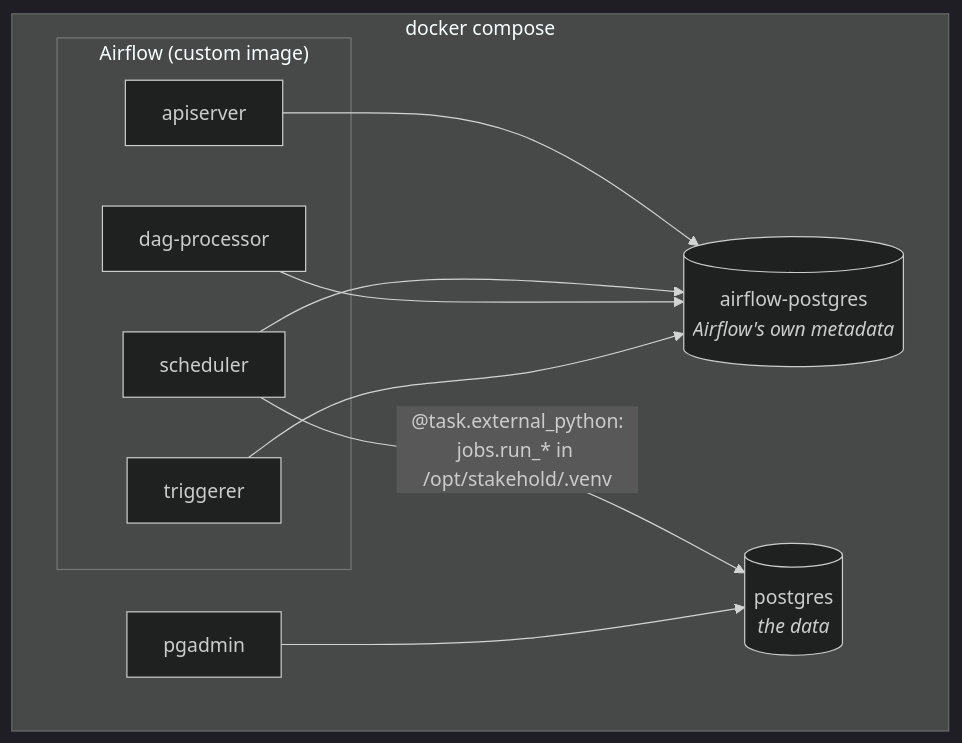
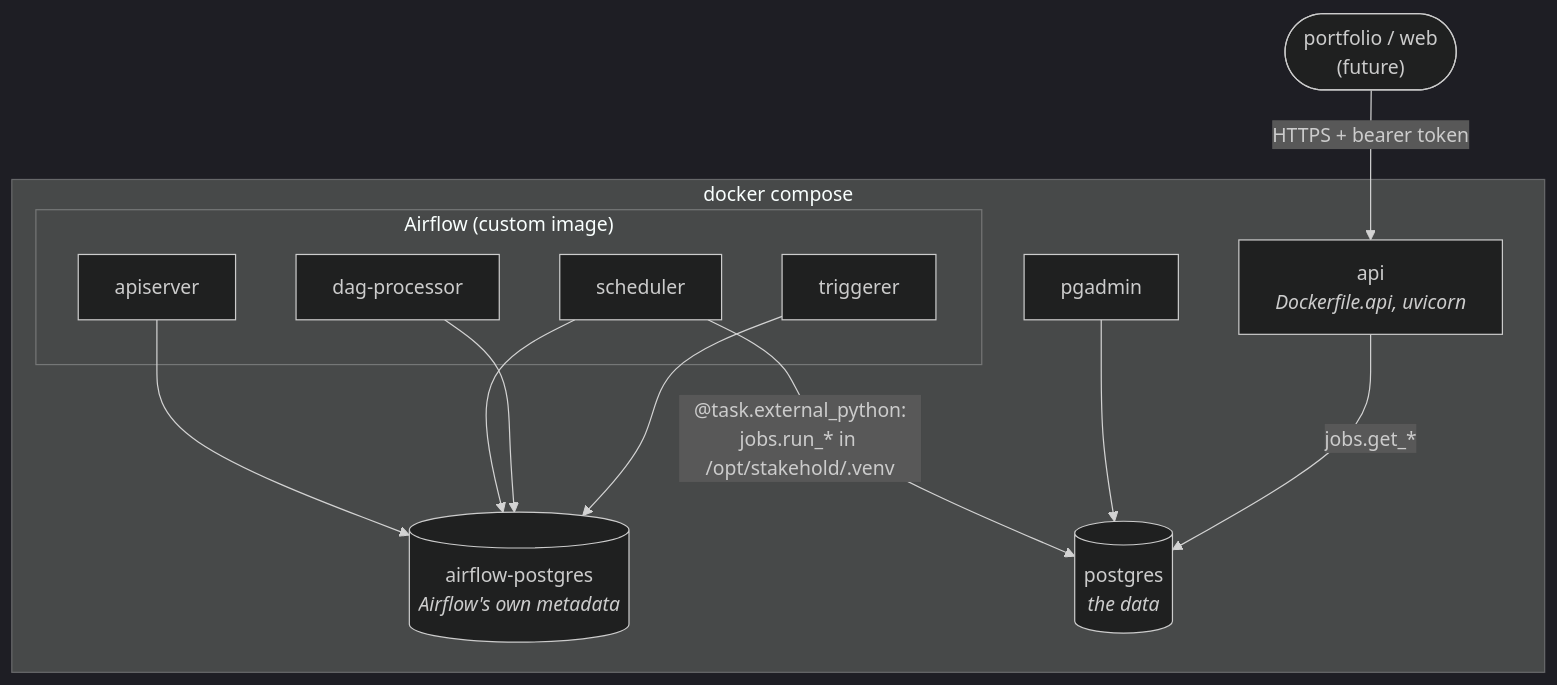
Before and after one commit to jpedropereira/Stakehold: the fourth of 4 diagrams in services/data-store/docs/architecture.md, drawn with Mermaid (dark theme). The commit also changed other lines of this file and 32 other files, not shown here.

````diff
--- a/services/data-store/docs/architecture.md
+++ b/services/data-store/docs/architecture.md
@@ -352,18 +442,22 @@
 ```mermaid
 flowchart TB
     subgraph host["docker compose"]
         subgraph af["Airflow (custom image)"]
-            API["apiserver"]
+            AFAPI["apiserver"]
             SCHED["scheduler"]
             DAGP["dag-processor"]
             TRIG["triggerer"]
         end
+        READAPI["api<br/><i>Dockerfile.api, uvicorn</i>"]
         AFDB[("airflow-postgres<br/><i>Airflow's own metadata</i>")]
         APPDB[("postgres<br/><i>the data</i>")]
         PGA["pgadmin"]
     end
+    CALLER(["portfolio / web<br/>(future)"])
 
-    API & SCHED & DAGP & TRIG --> AFDB
+    AFAPI & SCHED & DAGP & TRIG --> AFDB
     SCHED -->|"@task.external_python:<br/>jobs.run_* in /opt/stakehold/.venv"| APPDB
     PGA --> APPDB
+    READAPI -->|"jobs.get_*"| APPDB
+    CALLER -->|"HTTPS + bearer token"| READAPI
 ```
````
